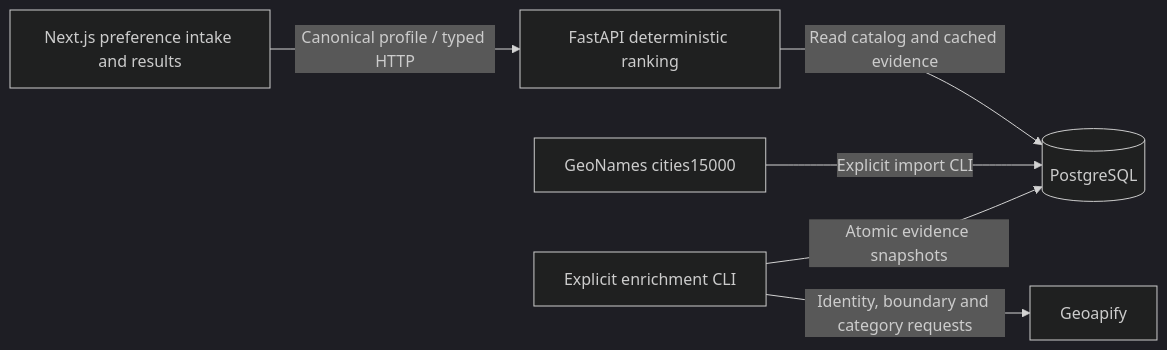
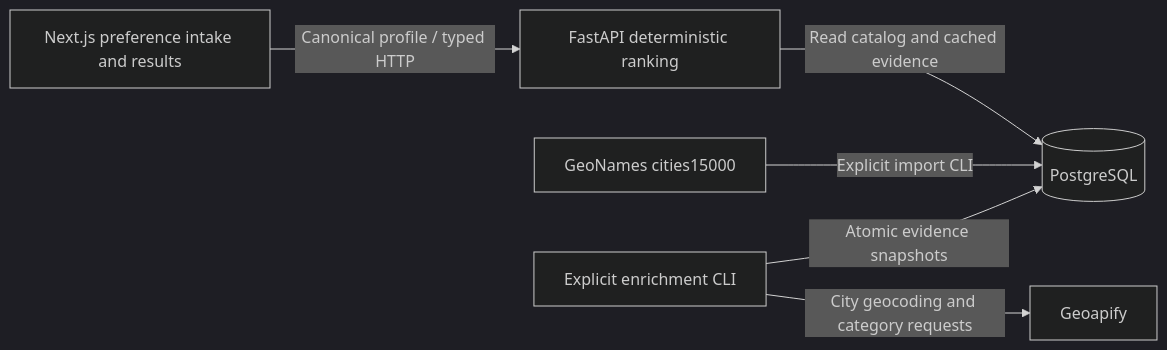
The diagram in README.md (shivakhoshhal94/Roamline), drawn with Mermaid (dark theme) before and after one commit. The commit also changed other lines of this file and 14 other files, not shown here.

Commit message:
feat: harden Geoapify enrichment workflow

````diff
--- a/README.md
+++ b/README.md
@@ -36,8 +36,8 @@
 ```mermaid
 flowchart LR
     Web[Next.js preference intake and results] -->|Canonical profile / typed HTTP| API[FastAPI deterministic ranking]
     API -->|Read catalog and cached evidence| DB[(PostgreSQL)]
     GeoNames[GeoNames cities15000] -->|Explicit import CLI| DB
-    CLI[Explicit enrichment CLI] -->|Identity, boundary and category requests| Geoapify[Geoapify]
+    CLI[Explicit enrichment CLI] -->|City geocoding and category requests| Geoapify[Geoapify]
     CLI -->|Atomic evidence snapshots| DB
 ```
````
